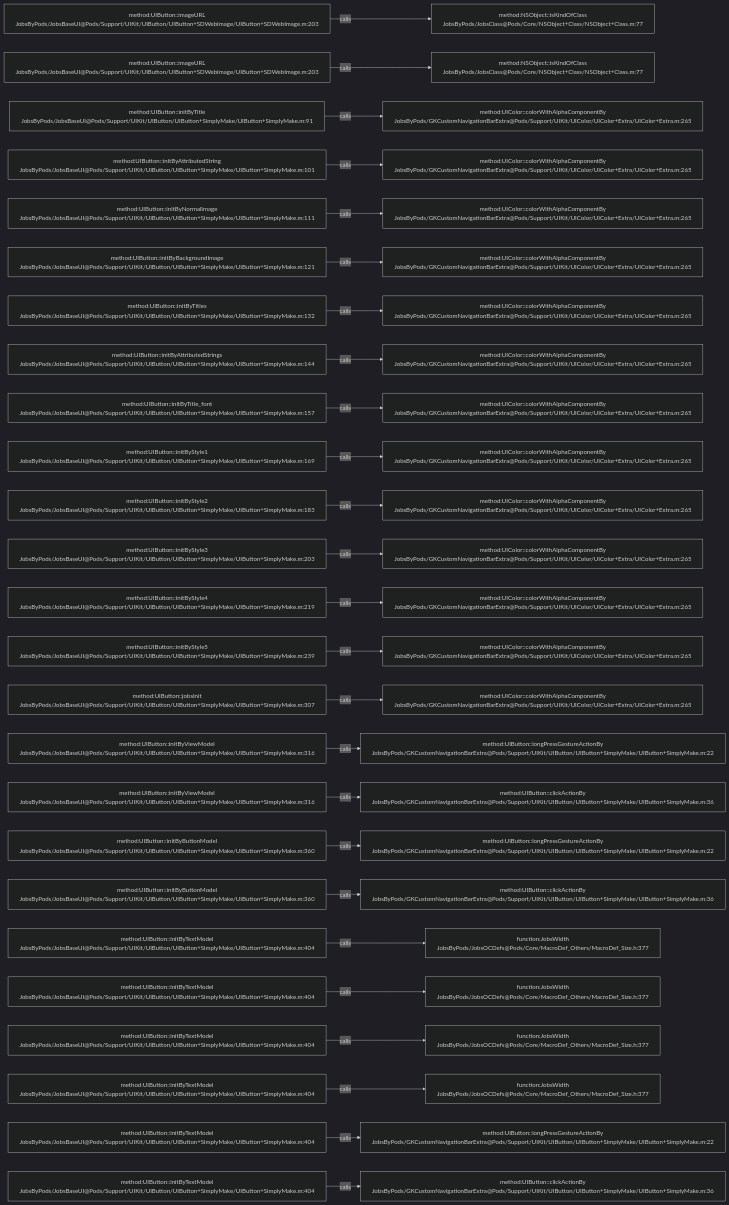
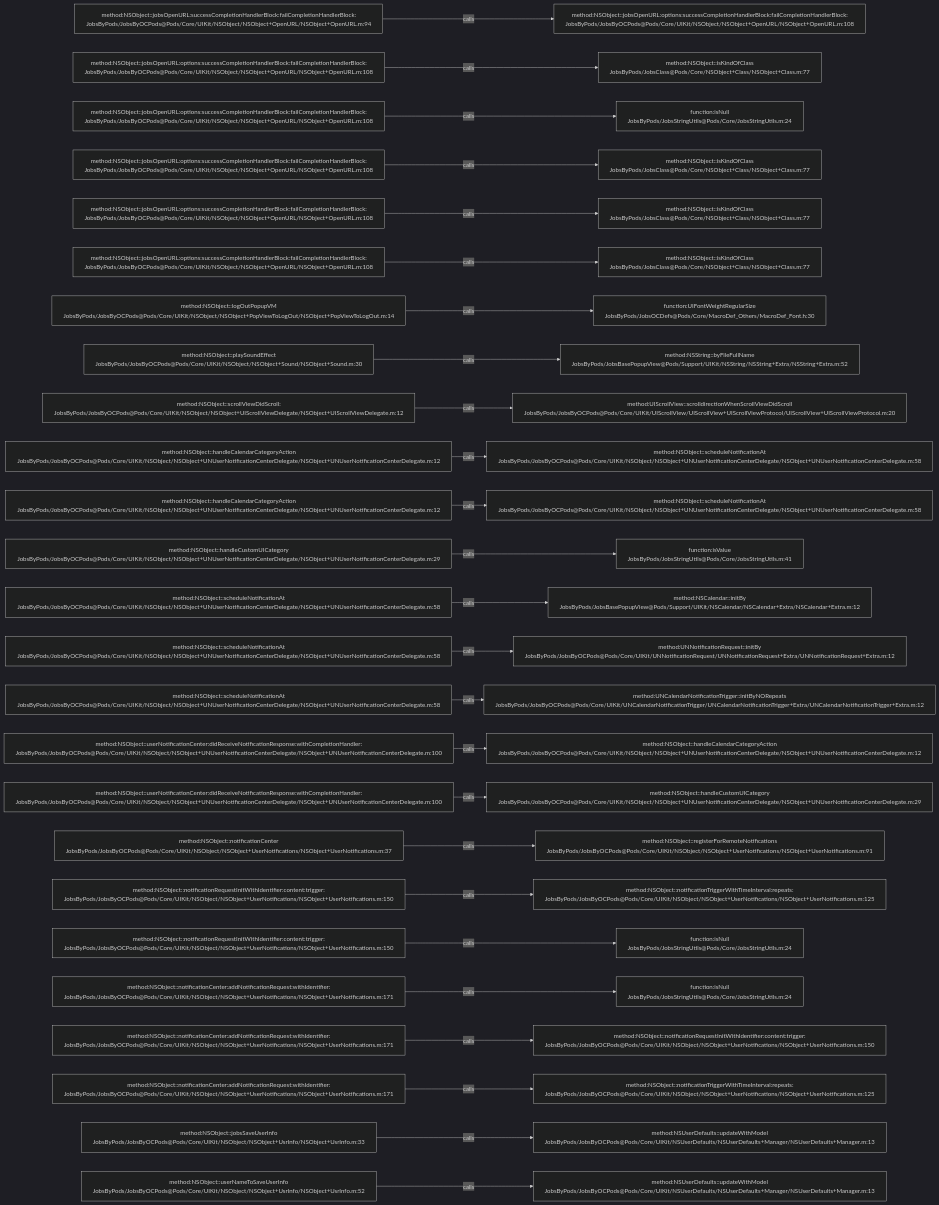
Before and after one commit to JobsKits/JobsOCBaseConfigDemo: the diagram in .codegraph/codegraph.md/graphs/calls-054.md, drawn with Mermaid (dark theme). The commit also changed 1026 other files, not shown here.

````diff
--- a/.codegraph/codegraph.md/graphs/calls-054.md
+++ b/.codegraph/codegraph.md/graphs/calls-054.md
@@ -13,78 +13,78 @@
 ```mermaid
 flowchart LR
-  S1["method:UIButton::imageURL<br/>JobsByPods/JobsBaseUI@Pods/Support/UIKit/UIButton/UIButton+SDWebImage/UIButton+SDWebImage.m:203"]
-  T1["method:NSObject::isKindOfClass<br/>JobsByPods/JobsClass@Pods/Core/NSObject+Class/NSObject+Class.m:77"]
+  S1["method:NSObject::jobsOpenURL:successCompletionHandlerBlock:failCompletionHandlerBlock:<br/>JobsByPods/JobsByOCPods@Pods/Core/UIKit/NSObject/NSObject+OpenURL/NSObject+OpenURL.m:94"]
+  T1["method:NSObject::jobsOpenURL:options:successCompletionHandlerBlock:failCompletionHandlerBlock:<br/>JobsByPods/JobsByOCPods@Pods/Core/UIKit/NSObject/NSObject+OpenURL/NSObject+OpenURL.m:108"]
   S1 -->|calls| T1
-  S2["method:UIButton::imageURL<br/>JobsByPods/JobsBaseUI@Pods/Support/UIKit/UIButton/UIButton+SDWebImage/UIButton+SDWebImage.m:203"]
+  S2["method:NSObject::jobsOpenURL:options:successCompletionHandlerBlock:failCompletionHandlerBlock:<br/>JobsByPods/JobsByOCPods@Pods/Core/UIKit/NSObject/NSObject+OpenURL/NSObject+OpenURL.m:108"]
   T2["method:NSObject::isKindOfClass<br/>JobsByPods/JobsClass@Pods/Core/NSObject+Class/NSObject+Class.m:77"]
   S2 -->|calls| T2
-  S3["method:UIButton::initByTitle<br/>JobsByPods/JobsBaseUI@Pods/Support/UIKit/UIButton/UIButton+SimplyMake/UIButton+SimplyMake.m:91"]
-  T3["method:UIColor::colorWithAlphaComponentBy<br/>JobsByPods/GKCustomNavigationBarExtra@Pods/Support/UIKit/UIColor/UIColor+Extra/UIColor+Extra.m:265"]
+  S3["method:NSObject::jobsOpenURL:options:successCompletionHandlerBlock:failCompletionHandlerBlock:<br/>JobsByPods/JobsByOCPods@Pods/Core/UIKit/NSObject/NSObject+OpenURL/NSObject+OpenURL.m:108"]
+  T3["function:isNull<br/>JobsByPods/JobsStringUtils@Pods/Core/JobsStringUtils.m:24"]
   S3 -->|calls| T3
-  S4["method:UIButton::initByAttributedString<br/>JobsByPods/JobsBaseUI@Pods/Support/UIKit/UIButton/UIButton+SimplyMake/UIButton+SimplyMake.m:101"]
-  T4["method:UIColor::colorWithAlphaComponentBy<br/>JobsByPods/GKCustomNavigationBarExtra@Pods/Support/UIKit/UIColor/UIColor+Extra/UIColor+Extra.m:265"]
+  S4["method:NSObject::jobsOpenURL:options:successCompletionHandlerBlock:failCompletionHandlerBlock:<br/>JobsByPods/JobsByOCPods@Pods/Core/UIKit/NSObject/NSObject+OpenURL/NSObject+OpenURL.m:108"]
+  T4["method:NSObject::isKindOfClass<br/>JobsByPods/JobsClass@Pods/Core/NSObject+Class/NSObject+Class.m:77"]
   S4 -->|calls| T4
-  S5["method:UIButton::initByNormalImage<br/>JobsByPods/JobsBaseUI@Pods/Support/UIKit/UIButton/UIButton+SimplyMake/UIButton+SimplyMake.m:111"]
-  T5["method:UIColor::colorWithAlphaComponentBy<br/>JobsByPods/GKCustomNavigationBarExtra@Pods/Support/UIKit/UIColor/UIColor+Extra/UIColor+Extra.m:265"]
+  S5["method:NSObject::jobsOpenURL:options:successCompletionHandlerBlock:failCompletionHandlerBlock:<br/>JobsByPods/JobsByOCPods@Pods/Core/UIKit/NSObject/NSObject+OpenURL/NSObject+OpenURL.m:108"]
+  T5["method:NSObject::isKindOfClass<br/>JobsByPods/JobsClass@Pods/Core/NSObject+Class/NSObject+Class.m:77"]
   S5 -->|calls| T5
-  S6["method:UIButton::initByBackgroundImage<br/>JobsByPods/JobsBaseUI@Pods/Support/UIKit/UIButton/UIButton+SimplyMake/UIButton+SimplyMake.m:121"]
-  T6["method:UIColor::colorWithAlphaComponentBy<br/>JobsByPods/GKCustomNavigationBarExtra@Pods/Support/UIKit/UIColor/UIColor+Extra/UIColor+Extra.m:265"]
+  S6["method:NSObject::jobsOpenURL:options:successCompletionHandlerBlock:failCompletionHandlerBlock:<br/>JobsByPods/JobsByOCPods@Pods/Core/UIKit/NSObject/NSObject+OpenURL/NSObject+OpenURL.m:108"]
+  T6["method:NSObject::isKindOfClass<br/>JobsByPods/JobsClass@Pods/Core/NSObject+Class/NSObject+Class.m:77"]
   S6 -->|calls| T6
-  S7["method:UIButton::initByTitles<br/>JobsByPods/JobsBaseUI@Pods/Support/UIKit/UIButton/UIButton+SimplyMake/UIButton+SimplyMake.m:132"]
-  T7["method:UIColor::colorWithAlphaComponentBy<br/>JobsByPods/GKCustomNavigationBarExtra@Pods/Support/UIKit/UIColor/UIColor+Extra/UIColor+Extra.m:265"]
+  S7["method:NSObject::logOutPopupVM<br/>JobsByPods/JobsByOCPods@Pods/Core/UIKit/NSObject/NSObject+PopViewToLogOut/NSObject+PopViewToLogOut.m:14"]
+  T7["function:UIFontWeightRegularSize<br/>JobsByPods/JobsOCDefs@Pods/Core/MacroDef_Others/MacroDef_Font.h:30"]
   S7 -->|calls| T7
-  S8["method:UIButton::initByAttributedStrings<br/>JobsByPods/JobsBaseUI@Pods/Support/UIKit/UIButton/UIButton+SimplyMake/UIButton+SimplyMake.m:144"]
-  T8["method:UIColor::colorWithAlphaComponentBy<br/>JobsByPods/GKCustomNavigationBarExtra@Pods/Support/UIKit/UIColor/UIColor+Extra/UIColor+Extra.m:265"]
+  S8["method:NSObject::playSoundEffect<br/>JobsByPods/JobsByOCPods@Pods/Core/UIKit/NSObject/NSObject+Sound/NSObject+Sound.m:30"]
+  T8["method:NSString::byFileFullName<br/>JobsByPods/JobsBasePopupView@Pods/Support/UIKit/NSString/NSString+Extra/NSString+Extra.m:52"]
   S8 -->|calls| T8
-  S9["method:UIButton::initByTitle_font<br/>JobsByPods/JobsBaseUI@Pods/Support/UIKit/UIButton/UIButton+SimplyMake/UIButton+SimplyMake.m:157"]
-  T9["method:UIColor::colorWithAlphaComponentBy<br/>JobsByPods/GKCustomNavigationBarExtra@Pods/Support/UIKit/UIColor/UIColor+Extra/UIColor+Extra.m:265"]
+  S9["method:NSObject::scrollViewDidScroll:<br/>JobsByPods/JobsByOCPods@Pods/Core/UIKit/NSObject/NSObject+UIScrollViewDelegate/NSObject+UIScrollViewDelegate.m:12"]
+  T9["method:UIScrollView::scrolldirectionWhenScrollViewDidScroll<br/>JobsByPods/JobsByOCPods@Pods/Core/UIKit/UIScrollView/UIScrollView+UIScrollViewProtocol/UIScrollView+UIScrollViewProtocol.m:20"]
   S9 -->|calls| T9
-  S10["method:UIButton::initByStyle1<br/>JobsByPods/JobsBaseUI@Pods/Support/UIKit/UIButton/UIButton+SimplyMake/UIButton+SimplyMake.m:169"]
-  T10["method:UIColor::colorWithAlphaComponentBy<br/>JobsByPods/GKCustomNavigationBarExtra@Pods/Support/UIKit/UIColor/UIColor+Extra/UIColor+Extra.m:265"]
+  S10["method:NSObject::handleCalendarCategoryAction<br/>JobsByPods/JobsByOCPods@Pods/Core/UIKit/NSObject/NSObject+UNUserNotificationCenterDelegate/NSObject+UNUserNotificationCenterDelegate.m:12"]
+  T10["method:NSObject::scheduleNotificationAt<br/>JobsByPods/JobsByOCPods@Pods/Core/UIKit/NSObject/NSObject+UNUserNotificationCenterDelegate/NSObject+UNUserNotificationCenterDelegate.m:58"]
   S10 -->|calls| T10
-  S11["method:UIButton::initByStyle2<br/>JobsByPods/JobsBaseUI@Pods/Support/UIKit/UIButton/UIButton+SimplyMake/UIButton+SimplyMake.m:183"]
-  T11["method:UIColor::colorWithAlphaComponentBy<br/>JobsByPods/GKCustomNavigationBarExtra@Pods/Support/UIKit/UIColor/UIColor+Extra/UIColor+Extra.m:265"]
+  S11["method:NSObject::handleCalendarCategoryAction<br/>JobsByPods/JobsByOCPods@Pods/Core/UIKit/NSObject/NSObject+UNUserNotificationCenterDelegate/NSObject+UNUserNotificationCenterDelegate.m:12"]
+  T11["method:NSObject::scheduleNotificationAt<br/>JobsByPods/JobsByOCPods@Pods/Core/UIKit/NSObject/NSObject+UNUserNotificationCenterDelegate/NSObject+UNUserNotificationCenterDelegate.m:58"]
   S11 -->|calls| T11
-  S12["method:UIButton::initByStyle3<br/>JobsByPods/JobsBaseUI@Pods/Support/UIKit/UIButton/UIButton+SimplyMake/UIButton+SimplyMake.m:203"]
-  T12["method:UIColor::colorWithAlphaComponentBy<br/>JobsByPods/GKCustomNavigationBarExtra@Pods/Support/UIKit/UIColor/UIColor+Extra/UIColor+Extra.m:265"]
+  S12["method:NSObject::handleCustomUICategory<br/>JobsByPods/JobsByOCPods@Pods/Core/UIKit/NSObject/NSObject+UNUserNotificationCenterDelegate/NSObject+UNUserNotificationCenterDelegate.m:29"]
+  T12["function:isValue<br/>JobsByPods/JobsStringUtils@Pods/Core/JobsStringUtils.m:41"]
   S12 -->|calls| T12
-  S13["method:UIButton::initByStyle4<br/>JobsByPods/JobsBaseUI@Pods/Support/UIKit/UIButton/UIButton+SimplyMake/UIButton+SimplyMake.m:219"]
-  T13["method:UIColor::colorWithAlphaComponentBy<br/>JobsByPods/GKCustomNavigationBarExtra@Pods/Support/UIKit/UIColor/UIColor+Extra/UIColor+Extra.m:265"]
+  S13["method:NSObject::scheduleNotificationAt<br/>JobsByPods/JobsByOCPods@Pods/Core/UIKit/NSObject/NSObject+UNUserNotificationCenterDelegate/NSObject+UNUserNotificationCenterDelegate.m:58"]
+  T13["method:NSCalendar::initBy<br/>JobsByPods/JobsBasePopupView@Pods/Support/UIKit/NSCalendar/NSCalendar+Extra/NSCalendar+Extra.m:12"]
   S13 -->|calls| T13
-  S14["method:UIButton::initByStyle5<br/>JobsByPods/JobsBaseUI@Pods/Support/UIKit/UIButton/UIButton+SimplyMake/UIButton+SimplyMake.m:239"]
-  T14["method:UIColor::colorWithAlphaComponentBy<br/>JobsByPods/GKCustomNavigationBarExtra@Pods/Support/UIKit/UIColor/UIColor+Extra/UIColor+Extra.m:265"]
+  S14["method:NSObject::scheduleNotificationAt<br/>JobsByPods/JobsByOCPods@Pods/Core/UIKit/NSObject/NSObject+UNUserNotificationCenterDelegate/NSObject+UNUserNotificationCenterDelegate.m:58"]
+  T14["method:UNNotificationRequest::initBy<br/>JobsByPods/JobsByOCPods@Pods/Core/UIKit/UNNotificationRequest/UNNotificationRequest+Extra/UNNotificationRequest+Extra.m:12"]
   S14 -->|calls| T14
-  S15["method:UIButton::jobsInit<br/>JobsByPods/JobsBaseUI@Pods/Support/UIKit/UIButton/UIButton+SimplyMake/UIButton+SimplyMake.m:307"]
-  T15["method:UIColor::colorWithAlphaComponentBy<br/>JobsByPods/GKCustomNavigationBarExtra@Pods/Support/UIKit/UIColor/UIColor+Extra/UIColor+Extra.m:265"]
+  S15["method:NSObject::scheduleNotificationAt<br/>JobsByPods/JobsByOCPods@Pods/Core/UIKit/NSObject/NSObject+UNUserNotificationCenterDelegate/NSObject+UNUserNotificationCenterDelegate.m:58"]
+  T15["method:UNCalendarNotificationTrigger::initByNORepeats<br/>JobsByPods/JobsByOCPods@Pods/Core/UIKit/UNCalendarNotificationTrigger/UNCalendarNotificationTrigger+Extra/UNCalendarNotificationTrigger+Extra.m:12"]
   S15 -->|calls| T15
-  S16["method:UIButton::initByViewModel<br/>JobsByPods/JobsBaseUI@Pods/Support/UIKit/UIButton/UIButton+SimplyMake/UIButton+SimplyMake.m:316"]
-  T16["method:UIButton::longPressGestureActionBy<br/>JobsByPods/GKCustomNavigationBarExtra@Pods/Support/UIKit/UIButton/UIButton+SimplyMake/UIButton+SimplyMake.m:22"]
+  S16["method:NSObject::userNotificationCenter:didReceiveNotificationResponse:withCompletionHandler:<br/>JobsByPods/JobsByOCPods@Pods/Core/UIKit/NSObject/NSObject+UNUserNotificationCenterDelegate/NSObject+UNUserNotificationCenterDelegate.m:100"]
+  T16["method:NSObject::handleCalendarCategoryAction<br/>JobsByPods/JobsByOCPods@Pods/Core/UIKit/NSObject/NSObject+UNUserNotificationCenterDelegate/NSObject+UNUserNotificationCenterDelegate.m:12"]
   S16 -->|calls| T16
-  S17["method:UIButton::initByViewModel<br/>JobsByPods/JobsBaseUI@Pods/Support/UIKit/UIButton/UIButton+SimplyMake/UIButton+SimplyMake.m:316"]
-  T17["method:UIButton::clickActionBy<br/>JobsByPods/GKCustomNavigationBarExtra@Pods/Support/UIKit/UIButton/UIButton+SimplyMake/UIButton+SimplyMake.m:36"]
+  S17["method:NSObject::userNotificationCenter:didReceiveNotificationResponse:withCompletionHandler:<br/>JobsByPods/JobsByOCPods@Pods/Core/UIKit/NSObject/NSObject+UNUserNotificationCenterDelegate/NSObject+UNUserNotificationCenterDelegate.m:100"]
+  T17["method:NSObject::handleCustomUICategory<br/>JobsByPods/JobsByOCPods@Pods/Core/UIKit/NSObject/NSObject+UNUserNotificationCenterDelegate/NSObject+UNUserNotificationCenterDelegate.m:29"]
   S17 -->|calls| T17
-  S18["method:UIButton::initByButtonModel<br/>JobsByPods/JobsBaseUI@Pods/Support/UIKit/UIButton/UIButton+SimplyMake/UIButton+SimplyMake.m:360"]
-  T18["method:UIButton::longPressGestureActionBy<br/>JobsByPods/GKCustomNavigationBarExtra@Pods/Support/UIKit/UIButton/UIButton+SimplyMake/UIButton+SimplyMake.m:22"]
+  S18["method:NSObject::notificationCenter<br/>JobsByPods/JobsByOCPods@Pods/Core/UIKit/NSObject/NSObject+UserNotifications/NSObject+UserNotifications.m:37"]
+  T18["method:NSObject::registerForRemoteNotifications<br/>JobsByPods/JobsByOCPods@Pods/Core/UIKit/NSObject/NSObject+UserNotifications/NSObject+UserNotifications.m:91"]
   S18 -->|calls| T18
-  S19["method:UIButton::initByButtonModel<br/>JobsByPods/JobsBaseUI@Pods/Support/UIKit/UIButton/UIButton+SimplyMake/UIButton+SimplyMake.m:360"]
-  T19["method:UIButton::clickActionBy<br/>JobsByPods/GKCustomNavigationBarExtra@Pods/Support/UIKit/UIButton/UIButton+SimplyMake/UIButton+SimplyMake.m:36"]
+  S19["method:NSObject::notificationRequestInitWithIdentifier:content:trigger:<br/>JobsByPods/JobsByOCPods@Pods/Core/UIKit/NSObject/NSObject+UserNotifications/NSObject+UserNotifications.m:150"]
+  T19["method:NSObject::notificationTriggerWithTimeInterval:repeats:<br/>JobsByPods/JobsByOCPods@Pods/Core/UIKit/NSObject/NSObject+UserNotifications/NSObject+UserNotifications.m:125"]
   S19 -->|calls| T19
-  S20["method:UIButton::initByTextModel<br/>JobsByPods/JobsBaseUI@Pods/Support/UIKit/UIButton/UIButton+SimplyMake/UIButton+SimplyMake.m:404"]
-  T20["function:JobsWidth<br/>JobsByPods/JobsOCDefs@Pods/Core/MacroDef_Others/MacroDef_Size.h:377"]
+  S20["method:NSObject::notificationRequestInitWithIdentifier:content:trigger:<br/>JobsByPods/JobsByOCPods@Pods/Core/UIKit/NSObject/NSObject+UserNotifications/NSObject+UserNotifications.m:150"]
+  T20["function:isNull<br/>JobsByPods/JobsStringUtils@Pods/Core/JobsStringUtils.m:24"]
   S20 -->|calls| T20
-  S21["method:UIButton::initByTextModel<br/>JobsByPods/JobsBaseUI@Pods/Support/UIKit/UIButton/UIButton+SimplyMake/UIButton+SimplyMake.m:404"]
-  T21["function:JobsWidth<br/>JobsByPods/JobsOCDefs@Pods/Core/MacroDef_Others/MacroDef_Size.h:377"]
+  S21["method:NSObject::notificationCenter:addNotificationRequest:withIdentifier:<br/>JobsByPods/JobsByOCPods@Pods/Core/UIKit/NSObject/NSObject+UserNotifications/NSObject+UserNotifications.m:171"]
+  T21["function:isNull<br/>JobsByPods/JobsStringUtils@Pods/Core/JobsStringUtils.m:24"]
   S21 -->|calls| T21
-  S22["method:UIButton::initByTextModel<br/>JobsByPods/JobsBaseUI@Pods/Support/UIKit/UIButton/UIButton+SimplyMake/UIButton+SimplyMake.m:404"]
-  T22["function:JobsWidth<br/>JobsByPods/JobsOCDefs@Pods/Core/MacroDef_Others/MacroDef_Size.h:377"]
+  S22["method:NSObject::notificationCenter:addNotificationRequest:withIdentifier:<br/>JobsByPods/JobsByOCPods@Pods/Core/UIKit/NSObject/NSObject+UserNotifications/NSObject+UserNotifications.m:171"]
+  T22["method:NSObject::notificationRequestInitWithIdentifier:content:trigger:<br/>JobsByPods/JobsByOCPods@Pods/Core/UIKit/NSObject/NSObject+UserNotifications/NSObject+UserNotifications.m:150"]
   S22 -->|calls| T22
-  S23["method:UIButton::initByTextModel<br/>JobsByPods/JobsBaseUI@Pods/Support/UIKit/UIButton/UIButton+SimplyMake/UIButton+SimplyMake.m:404"]
-  T23["function:JobsWidth<br/>JobsByPods/JobsOCDefs@Pods/Core/MacroDef_Others/MacroDef_Size.h:377"]
+  S23["method:NSObject::notificationCenter:addNotificationRequest:withIdentifier:<br/>JobsByPods/JobsByOCPods@Pods/Core/UIKit/NSObject/NSObject+UserNotifications/NSObject+UserNotifications.m:171"]
+  T23["method:NSObject::notificationTriggerWithTimeInterval:repeats:<br/>JobsByPods/JobsByOCPods@Pods/Core/UIKit/NSObject/NSObject+UserNotifications/NSObject+UserNotifications.m:125"]
   S23 -->|calls| T23
-  S24["method:UIButton::initByTextModel<br/>JobsByPods/JobsBaseUI@Pods/Support/UIKit/UIButton/UIButton+SimplyMake/UIButton+SimplyMake.m:404"]
-  T24["method:UIButton::longPressGestureActionBy<br/>JobsByPods/GKCustomNavigationBarExtra@Pods/Support/UIKit/UIButton/UIButton+SimplyMake/UIButton+SimplyMake.m:22"]
+  S24["method:NSObject::jobsSaveUserInfo<br/>JobsByPods/JobsByOCPods@Pods/Core/UIKit/NSObject/NSObject+UsrInfo/NSObject+UsrInfo.m:33"]
+  T24["method:NSUserDefaults::updateWithModel<br/>JobsByPods/JobsByOCPods@Pods/Core/UIKit/NSUserDefaults/NSUserDefaults+Manager/NSUserDefaults+Manager.m:13"]
   S24 -->|calls| T24
-  S25["method:UIButton::initByTextModel<br/>JobsByPods/JobsBaseUI@Pods/Support/UIKit/UIButton/UIButton+SimplyMake/UIButton+SimplyMake.m:404"]
-  T25["method:UIButton::clickActionBy<br/>JobsByPods/GKCustomNavigationBarExtra@Pods/Support/UIKit/UIButton/UIButton+SimplyMake/UIButton+SimplyMake.m:36"]
+  S25["method:NSObject::userNameToSaveUserInfo<br/>JobsByPods/JobsByOCPods@Pods/Core/UIKit/NSObject/NSObject+UsrInfo/NSObject+UsrInfo.m:52"]
+  T25["method:NSUserDefaults::updateWithModel<br/>JobsByPods/JobsByOCPods@Pods/Core/UIKit/NSUserDefaults/NSUserDefaults+Manager/NSUserDefaults+Manager.m:13"]
   S25 -->|calls| T25
 ```
````
